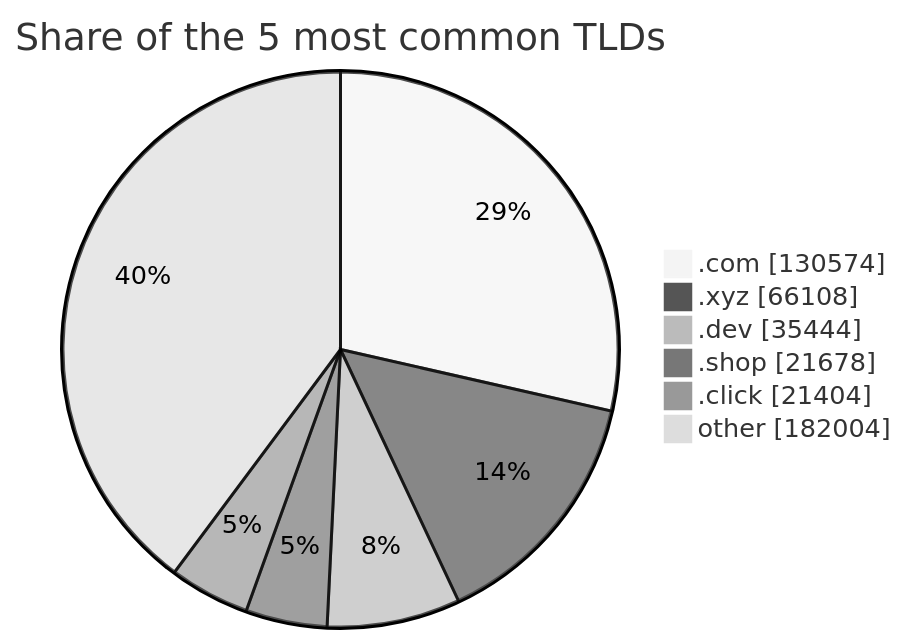
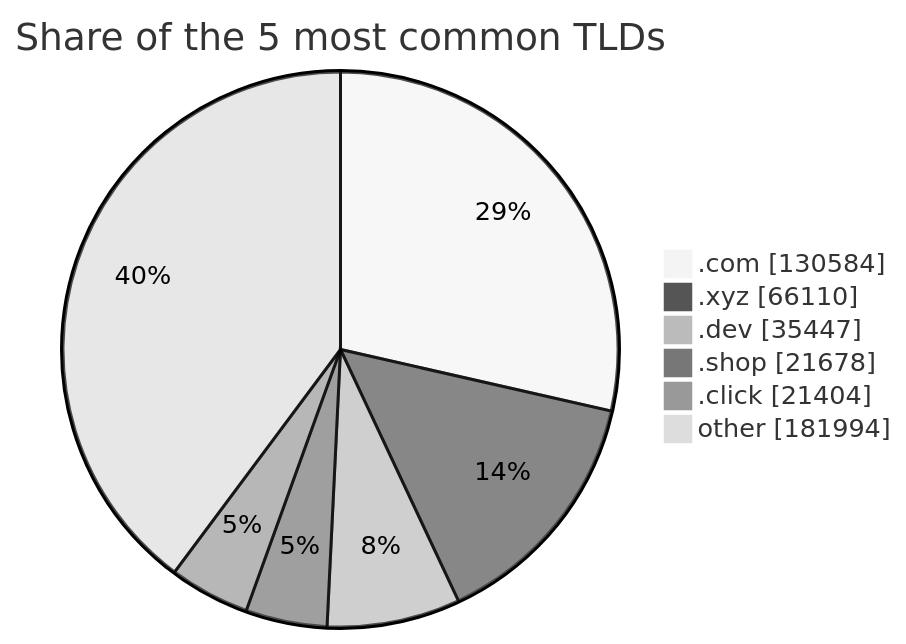
One commit to DNSBunker/CTI changed the third of 3 diagrams in README.md. Above: the diagram before and after it, drawn with Mermaid (neutral theme). The commit also changed other lines of this file and 3 other files, not shown here.

````diff
--- a/README.md
+++ b/README.md
@@ -81,9 +81,9 @@
 ```mermaid
 pie showData title Share of the 5 most common TLDs
-    ".com" : 130574
-    ".xyz" : 66108
-    ".dev" : 35444
+    ".com" : 130584
+    ".xyz" : 66110
+    ".dev" : 35447
     ".shop" : 21678
     ".click" : 21404
-    "other" : 182004
+    "other" : 181994
 ```
````
